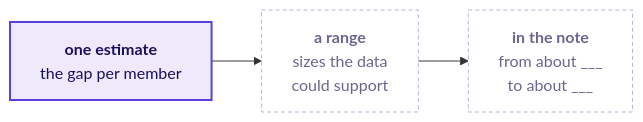
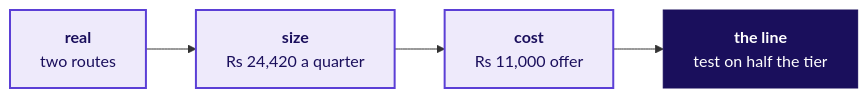
One commit to fde-academy-lab/c2-content-factory changed diagram 18 of 32 in content/W01/D4/slides/C2_W01_D04_half1_STUDENT.md. Above: the diagram before and after it, drawn with Mermaid. The commit also changed other lines of this file and 13 other files, not shown here.

````diff
--- a/content/W01/D4/slides/C2_W01_D04_half1_STUDENT.md
+++ b/content/W01/D4/slides/C2_W01_D04_half1_STUDENT.md
@@ -607,9 +708,12 @@
 ```mermaid
 flowchart LR
-    E["<b>one estimate</b><br/>the gap per member"] --> R["<b>a range</b><br/>sizes the data<br/>could support"]
-    R --> N["<b>in the note</b><br/>from about ___<br/>to about ___"]
+    K0["<b>real</b><br/>two routes"]
+    K1["<b>size</b><br/>Rs 24,420 a quarter"]
+    K2["<b>cost</b><br/>Rs 11,000 offer"]
+    K3["<b>the line</b><br/>test on half the tier"]
+    K0 --> K1 --> K2 --> K3
     classDef known fill:#EEEAFB,stroke:#5B3FD6,color:#1A0F5C,stroke-width:2px
-    classDef unknown fill:#FFFFFF,stroke:#B8B2D6,color:#6B6690,stroke-dasharray:4 3
-    class E known
-    class R,N unknown
+    classDef bet fill:#1A0F5C,stroke:#1A0F5C,color:#FFFFFF
+    class K0,K1,K2 known
+    class K3 bet
 ```
````
